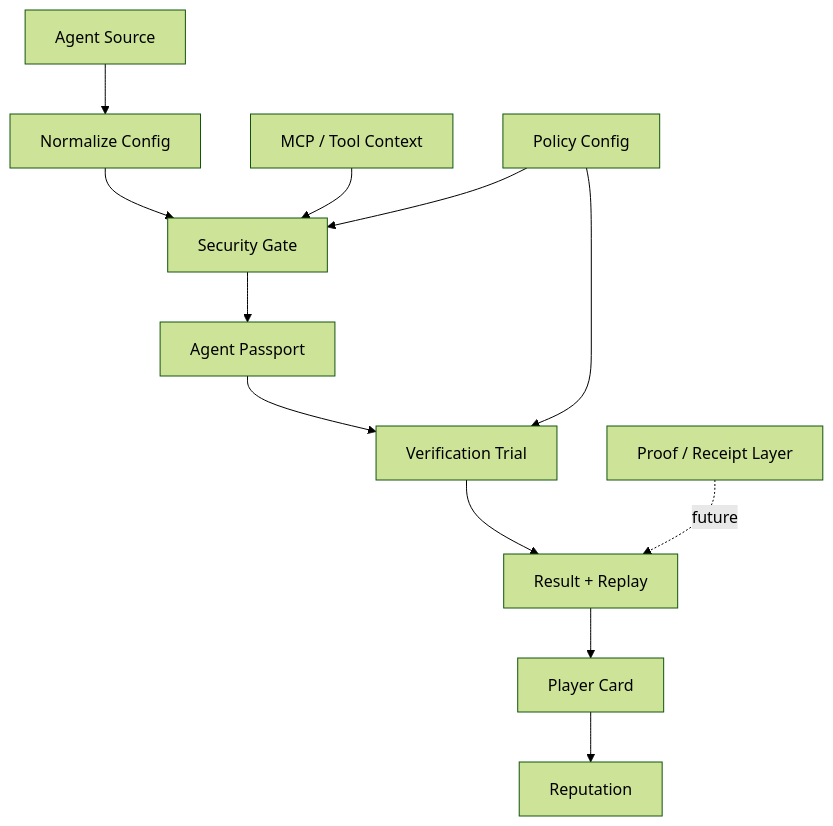
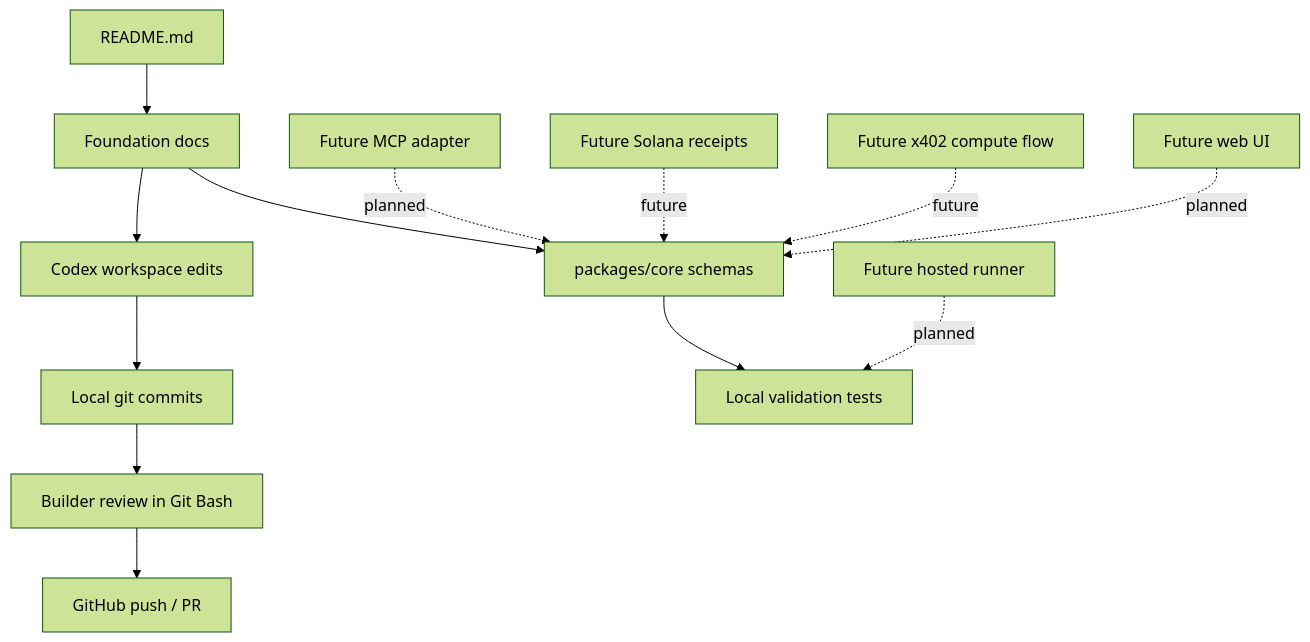
Before and after one commit to Vexera-Core/bencharena: the diagram in README.md, drawn with Mermaid (forest theme). The commit also changed other lines of this file, not shown here.

Commit message:
025--upgrade-readme-visual-architecture

````diff
--- a/README.md
+++ b/README.md
@@ -110,15 +157,17 @@
 ```mermaid
 flowchart TD
-    A[Agent Source] --> B[Normalize Config]
-    B --> C[Security Gate]
-    C --> D[Agent Passport]
-    D --> E[Verification Trial]
-    E --> F[Result + Replay]
-    F --> G[Player Card]
-    G --> H[Reputation]
+    A[README.md] --> B[Foundation docs]
+    B --> C[Codex workspace edits]
+    C --> D[Local git commits]
+    D --> E[Builder review in Git Bash]
+    E --> F[GitHub push / PR]
 
-    I[MCP / Tool Context] --> C
-    J[Policy Config] --> C
-    J --> E
-    K[Proof / Receipt Layer] -. future .-> F
+    B --> G[packages/core schemas]
+    G --> H[Local validation tests]
+
+    I[Future MCP adapter] -. planned .-> G
+    J[Future Solana receipts] -. future .-> G
+    K[Future x402 compute flow] -. future .-> G
+    L[Future hosted runner] -. planned .-> H
+    M[Future web UI] -. planned .-> G
 ```
````
